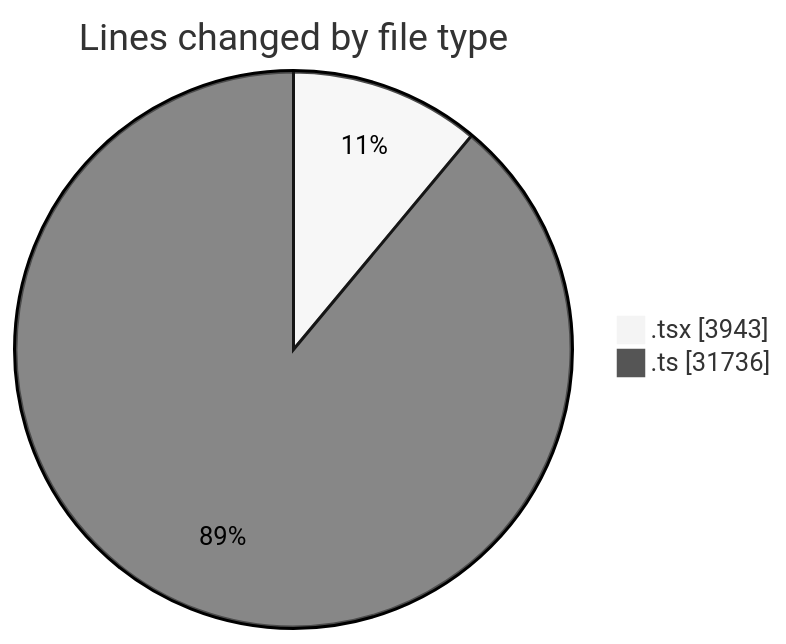
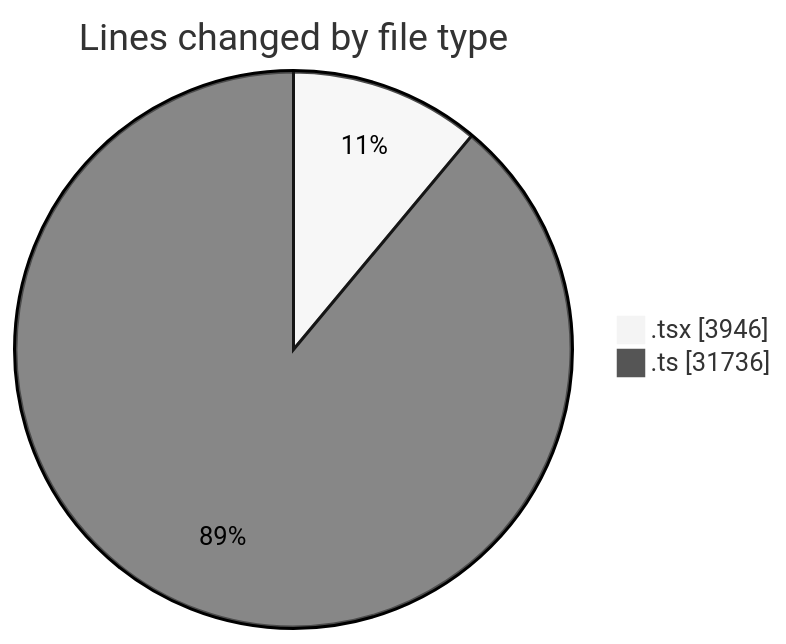
One commit to momahboobian/code-tracking changed the first of 2 diagrams in 2025-07-07/cda/README.md. Above: the diagram before and after it, drawn with Mermaid (neutral theme). The commit also changed other lines of this file and 1 other file, not shown here.

````diff
--- a/2025-07-07/cda/README.md
+++ b/2025-07-07/cda/README.md
@@ -28,6 +28,6 @@
 ```mermaid
 pie showData
 title Lines changed by file type
-".tsx" : 3943
+".tsx" : 3946
 ".ts" : 31736
 ```
````
